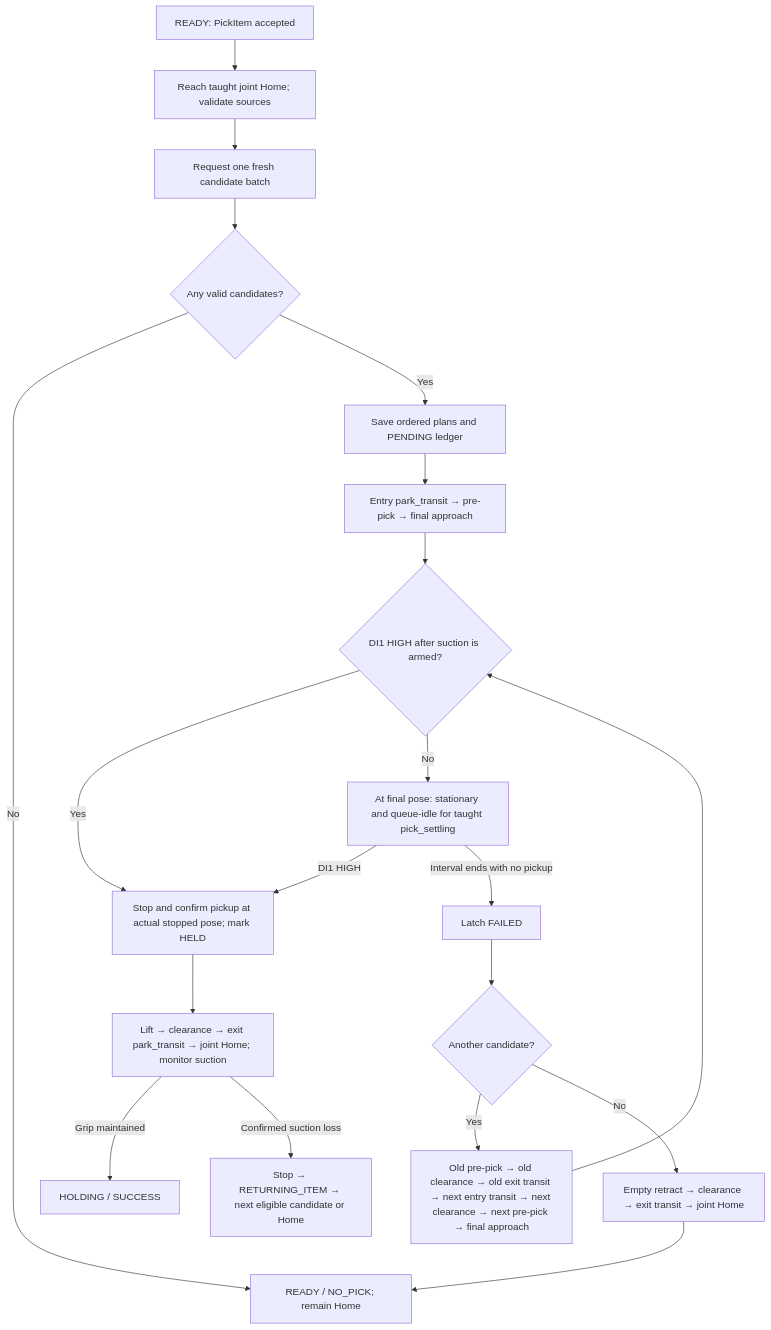
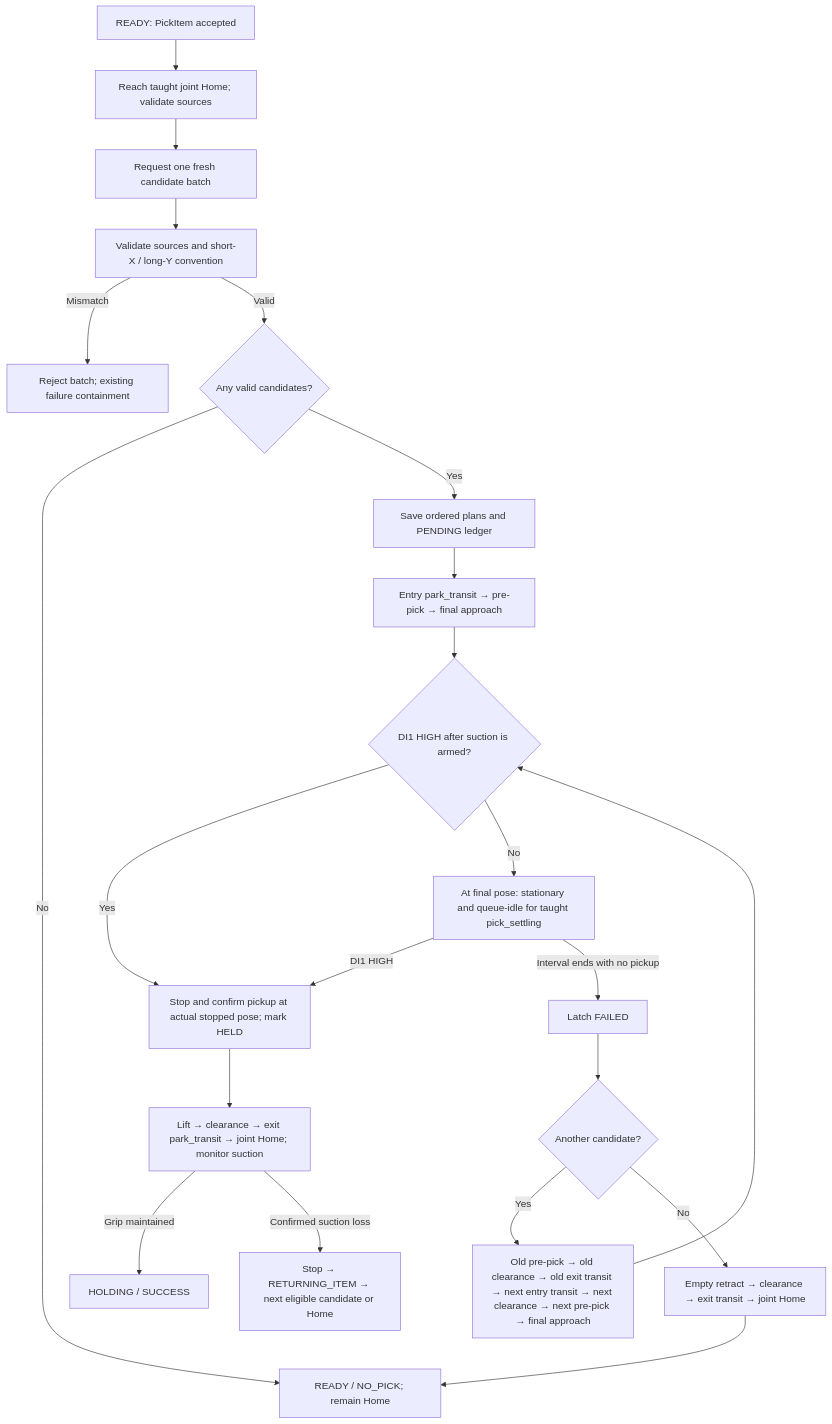
One commit to esgange/dobot_picknplace_yolo changed the second of 6 diagrams in docs/ROBOT_CONTROLLER_FSM.md. Above: the diagram before and after it, drawn with Mermaid. The commit also changed other lines of this file and 25 other files, not shown here.

Commit message:
Align item poses to short X and long Y

````diff
--- a/docs/ROBOT_CONTROLLER_FSM.md
+++ b/docs/ROBOT_CONTROLLER_FSM.md
@@ -101,22 +106,24 @@
 ```mermaid
 flowchart TD
     Request["READY: PickItem accepted"] --> Home["Reach taught joint Home; validate sources"]
     Home --> Detect["Request one fresh candidate batch"]
-    Detect --> Any{"Any valid candidates?"}
+    Detect --> Validate["Validate sources and short-X / long-Y convention"]
+    Validate -->|Mismatch| Reject["Reject batch; existing failure containment"]
+    Validate -->|Valid| Any{"Any valid candidates?"}
     Any -->|No| Empty["READY / NO_PICK; remain Home"]
     Any -->|Yes| Plan["Save ordered plans and PENDING ledger"]
     Plan --> Entry["Entry park_transit → pre-pick → final approach"]
     Entry --> Sense{"DI1 HIGH after suction is armed?"}
     Sense -->|Yes| Acquire["Stop and confirm pickup at actual stopped pose; mark HELD"]
     Sense -->|No| Settle["At final pose: stationary and queue-idle for taught pick_settling"]
     Settle -->|DI1 HIGH| Acquire
     Settle -->|Interval ends with no pickup| Miss["Latch FAILED"]
     Acquire --> HeldReturn["Lift → clearance → exit park_transit → joint Home; monitor suction"]
     HeldReturn -->|Grip maintained| Success["HOLDING / SUCCESS"]
     HeldReturn -->|Confirmed suction loss| PutBack["Stop → RETURNING_ITEM → next eligible candidate or Home"]
     Miss --> More{"Another candidate?"}
     More -->|Yes| Retry["Old pre-pick → old clearance → old exit transit → next entry transit → next clearance → next pre-pick → final approach"]
     Retry --> Sense
     More -->|No| Exhausted["Empty retract → clearance → exit transit → joint Home"]
     Exhausted --> Empty
 ```
````
